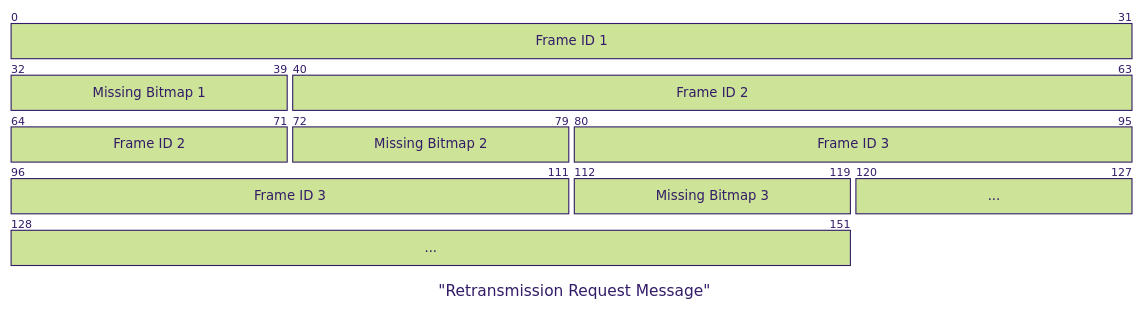
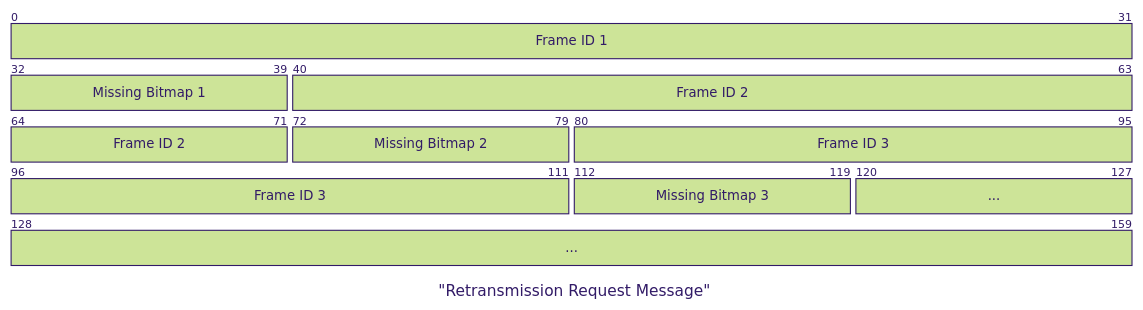
Before and after one commit to hoprnet/rfc: the third of 11 diagrams in rfcs/RFC-0007-session-protocol/0007-session-protocol.md, drawn with Mermaid (forest theme). The commit also changed other lines of this file and 1 other file, not shown here.

Commit message:
fix(md): Correct some diagrams

````diff
--- a/rfcs/RFC-0007-session-protocol/0007-session-protocol.md
+++ b/rfcs/RFC-0007-session-protocol/0007-session-protocol.md
@@ -153,11 +153,11 @@
 ```mermaid
 packet
 title "Retransmission Request Message"
 +32: "Frame ID 1"
 +8: "Missing Bitmap 1"
 +32: "Frame ID 2"
 +8: "Missing Bitmap 2"
 +32: "Frame ID 3"
 +8: "Missing Bitmap 3"
-+32: "..."
++40: "..."
 ```
````
